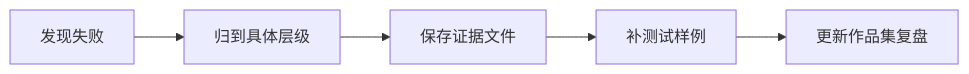
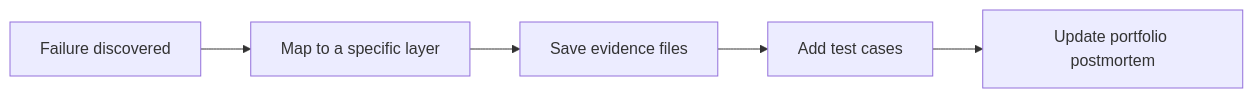
One commit to oudbiao/AI-fullstack-course changed the diagram in docs/intro/failure-evaluation-index.md. Above: the diagram before and after it, drawn with Mermaid. The commit also changed other lines of this file and 1406 other files, not shown here.

````diff
--- a/docs/intro/failure-evaluation-index.md
+++ b/docs/intro/failure-evaluation-index.md
@@ -14,7 +14,7 @@
 ```mermaid
 flowchart LR
-  A["发现失败"] --> B["归到具体层级"]
-  B --> C["保存证据文件"]
-  C --> D["补测试样例"]
-  D --> E["更新作品集复盘"]
+  A["Failure discovered"] --> B["Map to a specific layer"]
+  B --> C["Save evidence files"]
+  C --> D["Add test cases"]
+  D --> E["Update portfolio postmortem"]
 ```
````
